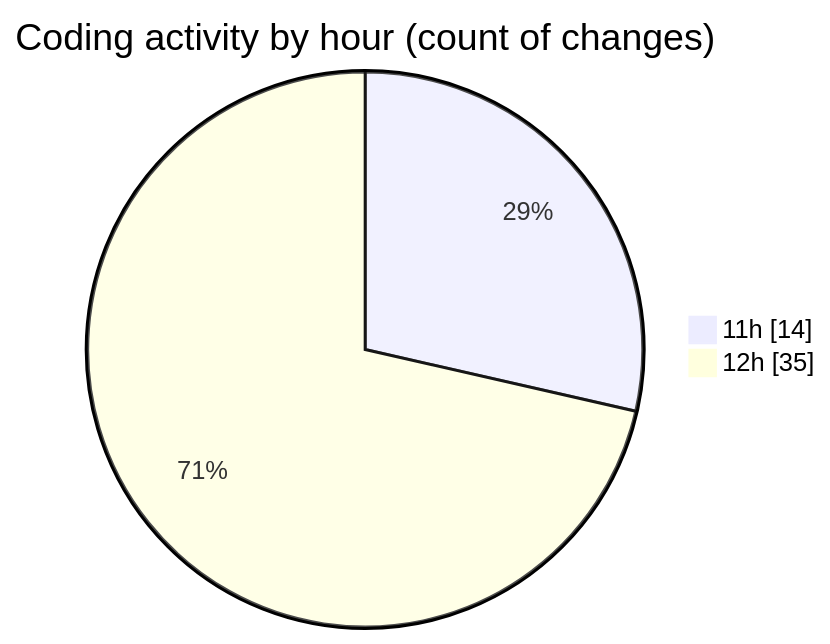
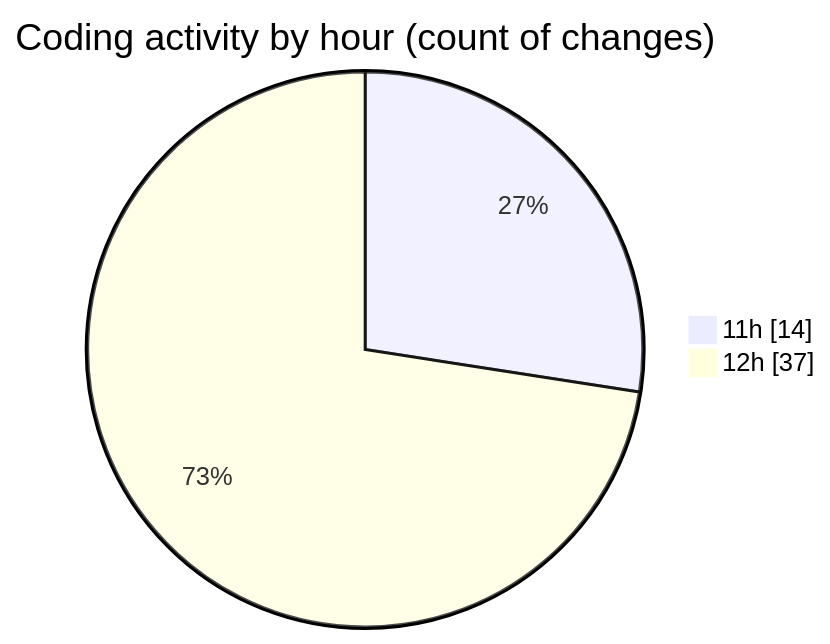
The second of 2 diagrams in 2026-08-24/nxtqube_webapp/README.md (nxtqubesakshisongat/code-tracking), drawn with Mermaid before and after one commit. The commit also changed other lines of this file and 1 other file, not shown here.

````diff
--- a/2026-08-24/nxtqube_webapp/README.md
+++ b/2026-08-24/nxtqube_webapp/README.md
@@ -41,6 +41,6 @@
 ```mermaid
 pie showData
 title Coding activity by hour (count of changes)
 "11h" : 14
-"12h" : 35
+"12h" : 37
 ```
````
